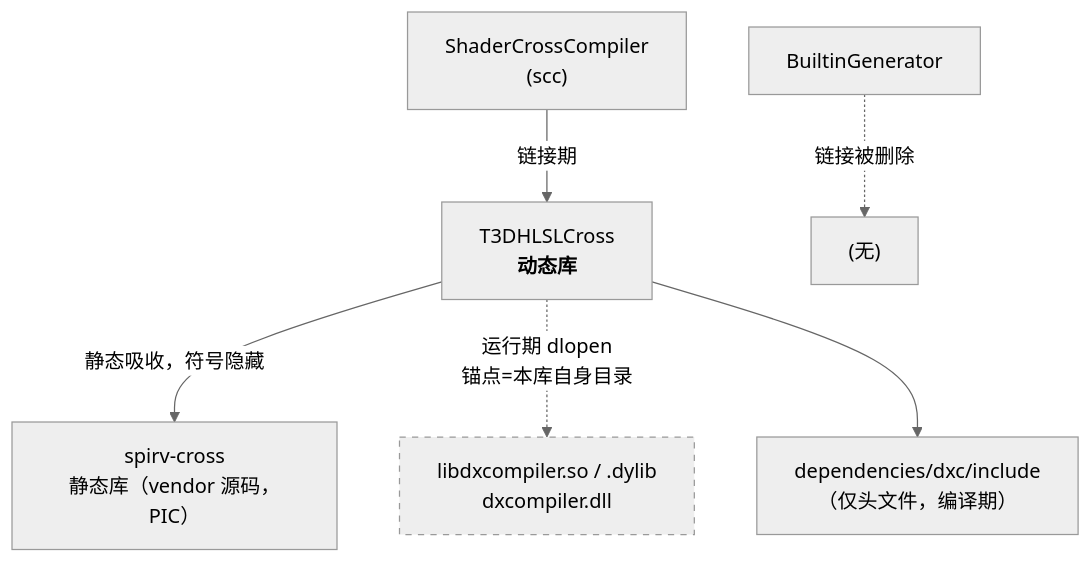
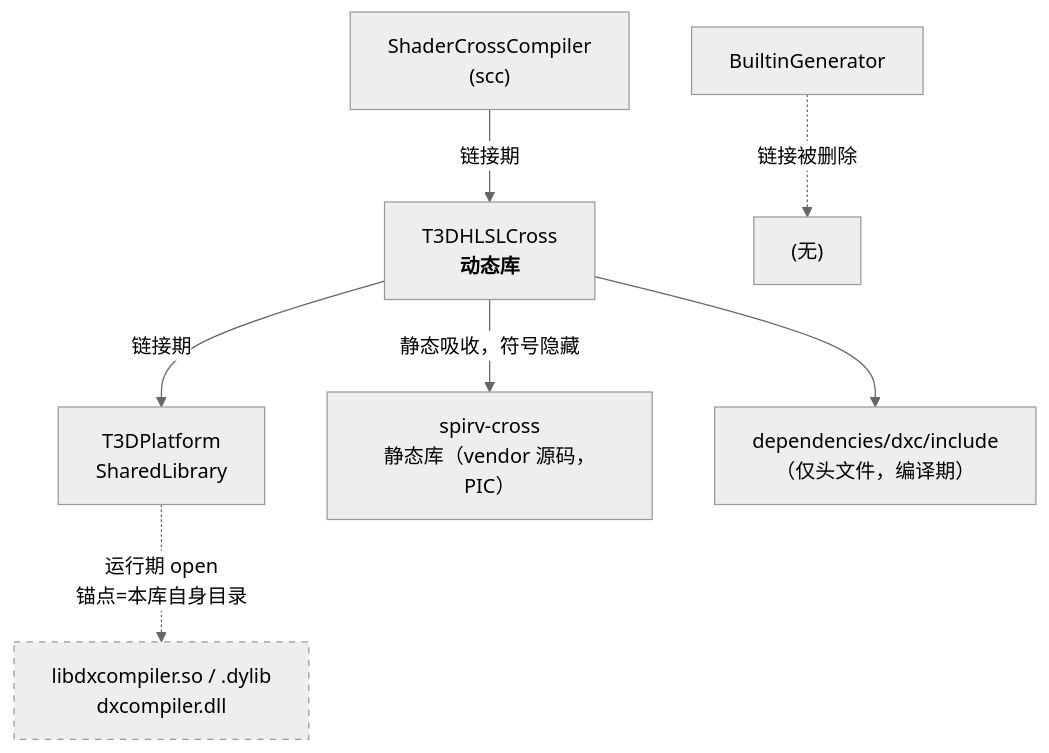
One commit to answerear/Tiny3D changed the third of 3 diagrams in doc/todo/ShaderConductor-Replacement-todo.md. Above: the diagram before and after it, drawn with Mermaid (neutral theme). The commit also changed other lines of this file and 1 other file, not shown here.

````diff
--- a/doc/todo/ShaderConductor-Replacement-todo.md
+++ b/doc/todo/ShaderConductor-Replacement-todo.md
@@ -1732,12 +1759,13 @@
 ```mermaid
 flowchart TD
     SCC["ShaderCrossCompiler<br/>(scc)"] -->|"链接期"| HC["T3DHLSLCross<br/><b>动态库</b>"]
     BG["BuiltinGenerator"] -.->|"链接被删除"| X["(无)"]
 
+    HC -->|"链接期"| PLAT["T3DPlatform<br/>SharedLibrary"]
     HC -->|"静态吸收，符号隐藏"| XCL["spirv-cross<br/>静态库（vendor 源码，PIC）"]
-    HC -.->|"运行期 dlopen<br/>锚点=本库自身目录"| DXCL["libdxcompiler.so / .dylib<br/>dxcompiler.dll"]
+    PLAT -.->|"运行期 open<br/>锚点=本库自身目录"| DXCL["libdxcompiler.so / .dylib<br/>dxcompiler.dll"]
 
     HC --> HDR["dependencies/dxc/include<br/>（仅头文件，编译期）"]
 
     style DXCL stroke-dasharray: 5 5
 ```
````
